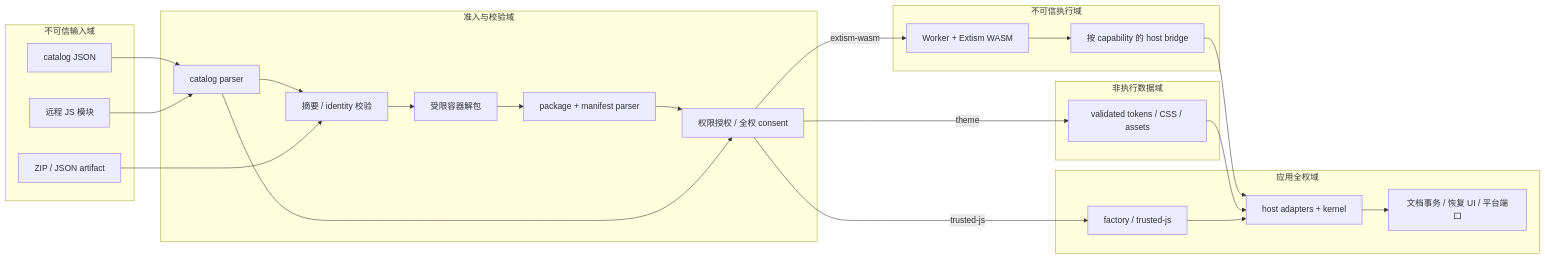
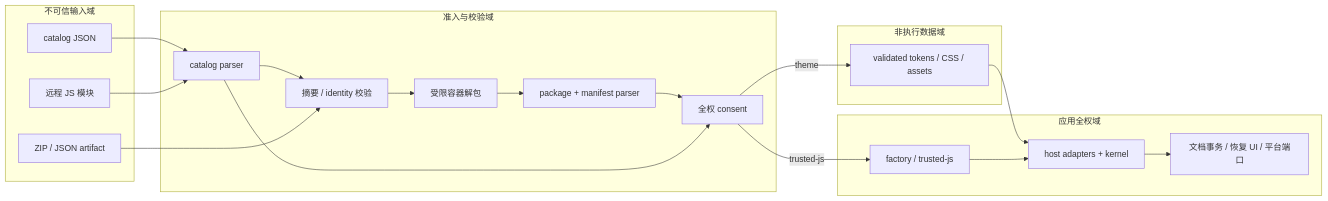
One commit to Xionghaizi001/amll-ttml-tool changed the fourth of 4 diagrams in PLUGIN.md. Above: the diagram before and after it, drawn with Mermaid. The commit also changed other lines of this file and 115 other files, not shown here.

````diff
--- a/PLUGIN.md
+++ b/PLUGIN.md
@@ -408,39 +367,34 @@
 ```mermaid
 flowchart LR
     subgraph U[不可信输入域]
         CAT[catalog JSON]
         ART[ZIP / JSON artifact]
         MOD[远程 JS 模块]
     end
 
     subgraph G[准入与校验域]
         CP[catalog parser]
         HASH[摘要 / identity 校验]
         UNPACK[受限容器解包]
         PARSE[package + manifest parser]
-        DECIDE[权限授权 / 全权 consent]
+        DECIDE[全权 consent]
     end
 
-    subgraph W[不可信执行域]
-        WORKER[Worker + Extism WASM]
-        BRIDGE[按 capability 的 host bridge]
-    end
 
     subgraph T[非执行数据域]
         THEME[validated tokens / CSS / assets]
     end
 
     subgraph F[应用全权域]
         JS[factory / trusted-js]
         HOST[host adapters + kernel]
         CORE[文档事务 / 恢复 UI / 平台端口]
     end
 
     CAT --> CP --> HASH
     ART --> HASH --> UNPACK --> PARSE --> DECIDE
     MOD --> CP --> DECIDE
-    DECIDE -->|extism-wasm| WORKER --> BRIDGE --> HOST
     DECIDE -->|theme| THEME --> HOST
     DECIDE -->|trusted-js| JS --> HOST
     HOST --> CORE
 ```
````
